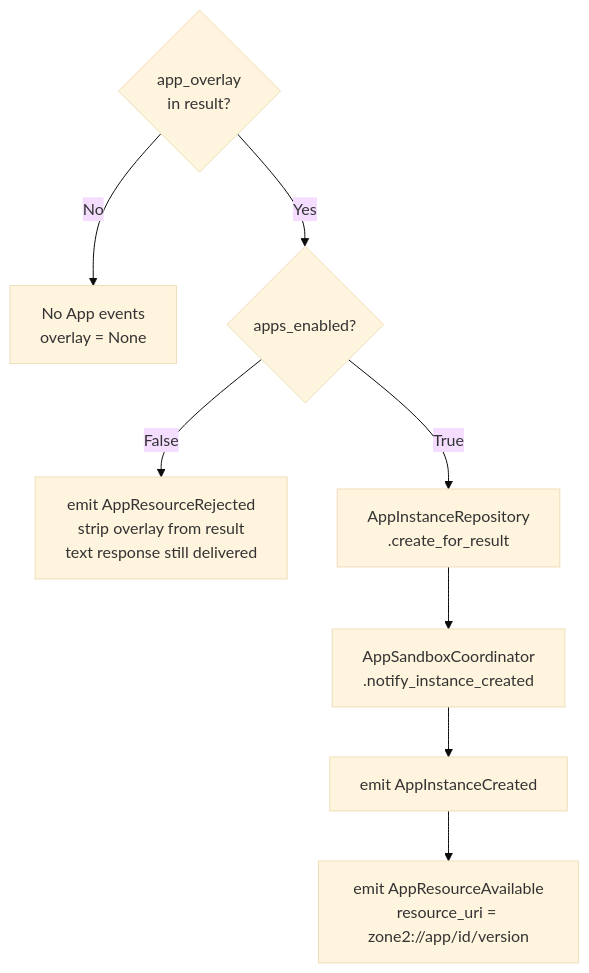
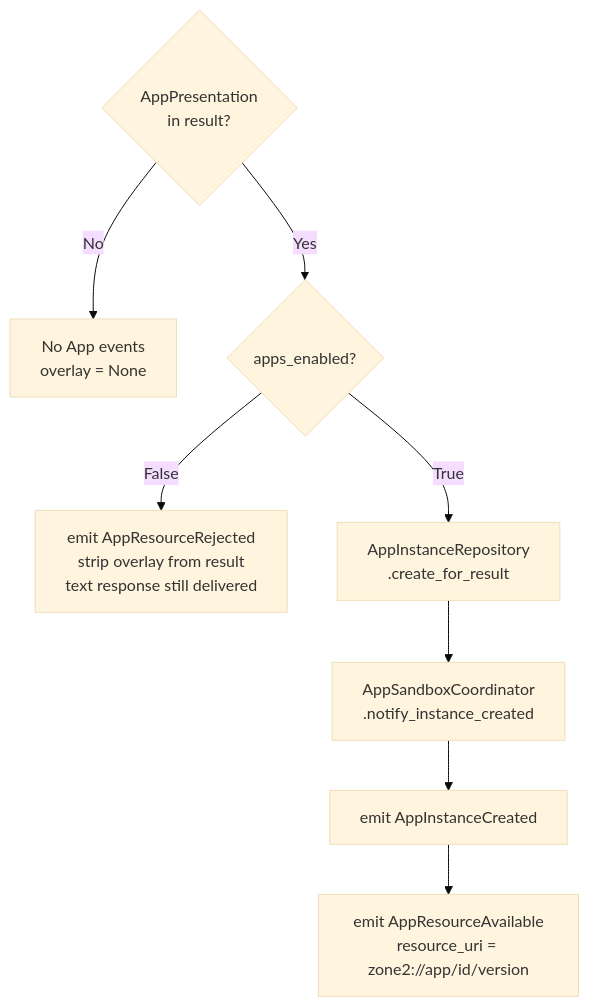
The sixth of 7 diagrams in docs/fastmcp-apps-and-prefab-overlay.md (CharlieAtki06/SovereignAgenticArchitecture), drawn with Mermaid (base theme) before and after one commit. The commit also changed other lines of this file and 7 other files, not shown here.

````diff
--- a/docs/fastmcp-apps-and-prefab-overlay.md
+++ b/docs/fastmcp-apps-and-prefab-overlay.md
@@ -403,10 +496,10 @@
 ```mermaid
 flowchart TD
-    A{app_overlay\nin result?} -- No --> Z[No App events\noverlay = None]
+    A{AppPresentation\nin result?} -- No --> Z[No App events\noverlay = None]
     A -- Yes --> B{apps_enabled?}
     B -- False --> C[emit AppResourceRejected\nstrip overlay from result\ntext response still delivered]
     B -- True --> D[AppInstanceRepository\n.create_for_result]
     D --> E[AppSandboxCoordinator\n.notify_instance_created]
     E --> F[emit AppInstanceCreated]
     F --> G[emit AppResourceAvailable\nresource_uri = zone2://app/id/version]
 ```
````
